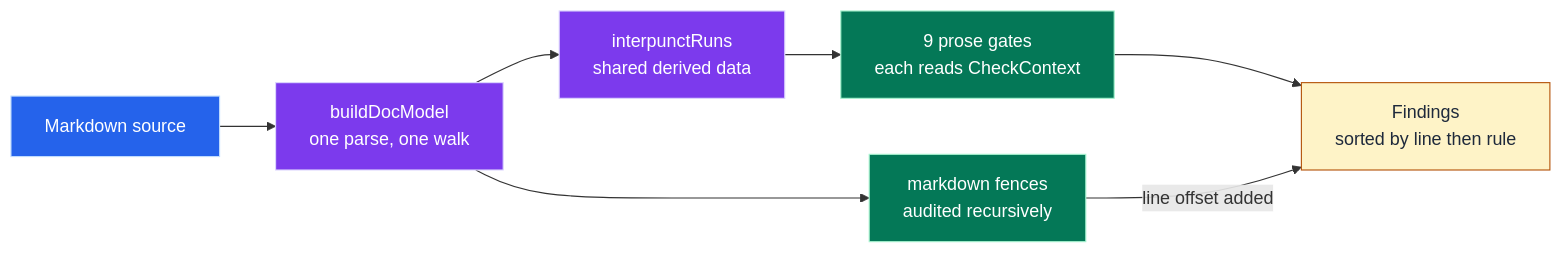
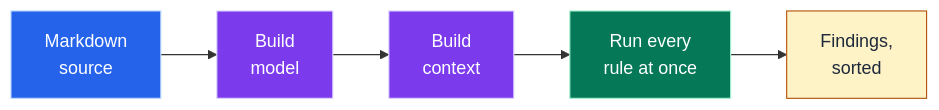
The eighth of 19 diagrams in docs/DATA_MODEL.md (jpeakai/jpai-prose-gates), drawn with Mermaid before and after one commit. The commit also changed other lines of this file, not shown here.

First line of the commit message:
docs: recalibrate the DATA_MODEL diagrams for portable rendering, dual density

````diff
--- a/docs/DATA_MODEL.md
+++ b/docs/DATA_MODEL.md
@@ -206,18 +273,9 @@
 ```mermaid
 flowchart LR
-    SRC["Markdown source"]:::source
-    MODEL["buildDocModel<br/>one parse, one walk"]:::build
-    RUNS["interpunctRuns<br/>shared derived data"]:::build
-    GATES["9 prose gates<br/>each reads CheckContext"]:::gate
-    NESTED["markdown fences<br/>audited recursively"]:::gate
-    OUT["Findings<br/>sorted by line then rule"]:::out
-
-    SRC --> MODEL --> RUNS --> GATES --> OUT
-    MODEL --> NESTED
-    NESTED -- "line offset added" --> OUT
+    SRC["Markdown<br/>source"]:::source --> MODEL["Build<br/>model"]:::build --> CTX["Build<br/>context"]:::build --> RULES["Run every<br/>rule at once"]:::gate --> OUT["Findings,<br/>sorted"]:::out
 
     classDef source fill:#2563eb,stroke:#bfdbfe,color:#ffffff
     classDef build  fill:#7c3aed,stroke:#ddd6fe,color:#ffffff
     classDef gate   fill:#047857,stroke:#a7f3d0,color:#ffffff
     classDef out    fill:#fef3c7,stroke:#b45309,color:#1e293b
 ```
````
